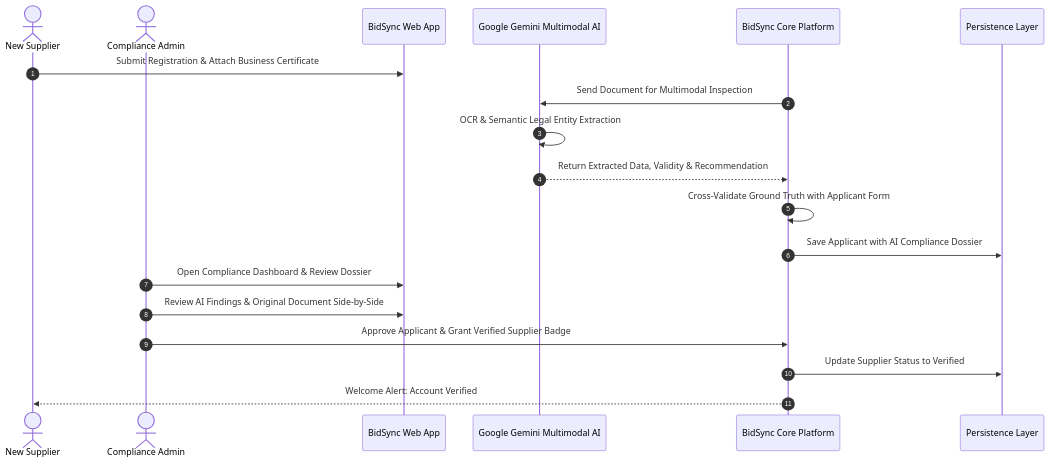
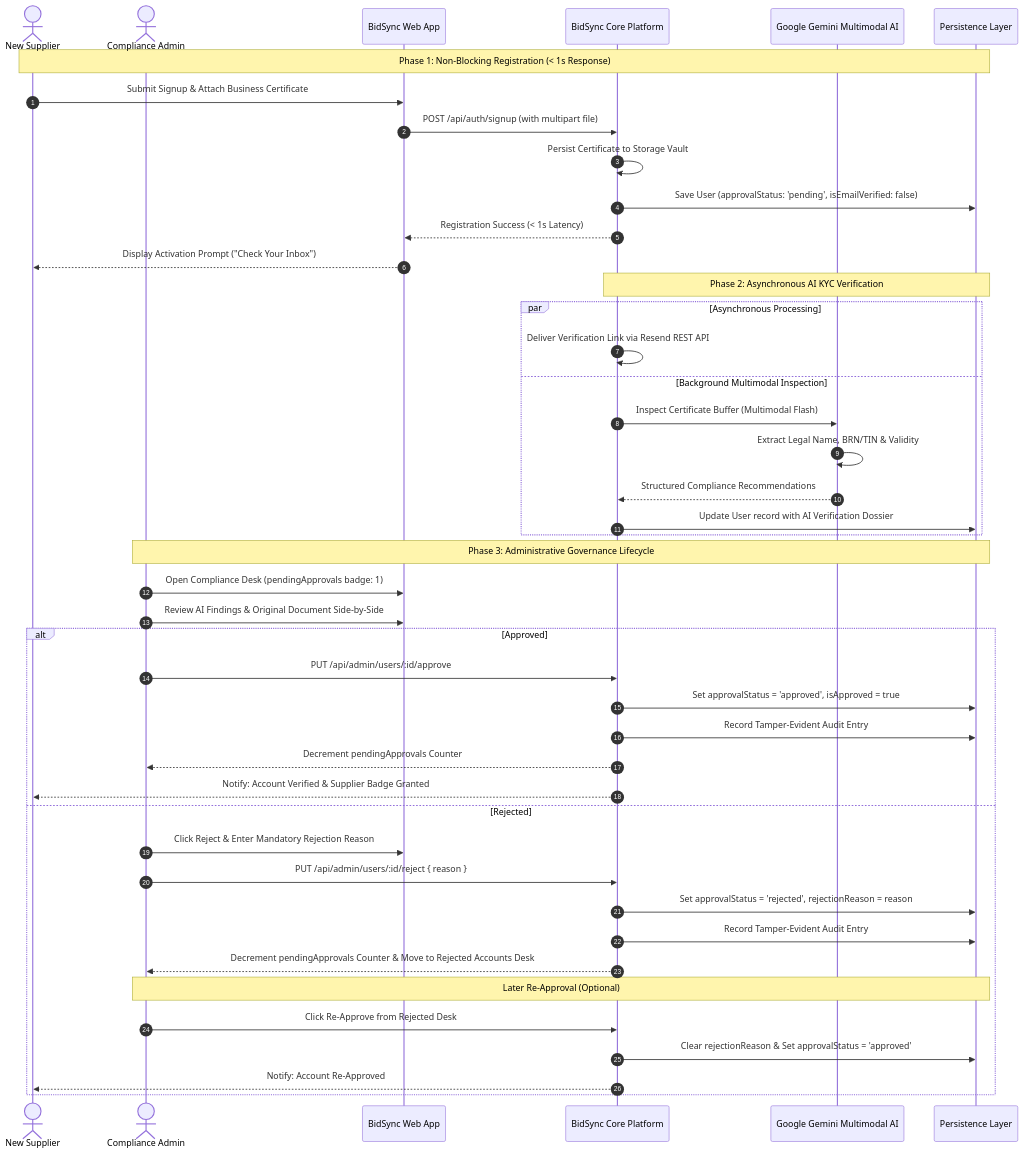
Before and after one commit to monithishanka/BidSync-Overview: the seventh of 8 diagrams in WORKFLOWS.md, drawn with Mermaid. The commit also changed other lines of this file and 4 other files, not shown here.

Commit message:
docs: sync architecture, features, workflows, and security with chatbot, resend API, and admin rejection desk

````diff
--- a/WORKFLOWS.md
+++ b/WORKFLOWS.md
@@ -173,23 +174,50 @@
 ```mermaid
 sequenceDiagram
     autonumber
     actor Applicant as New Supplier
     actor Admin as Compliance Admin
     participant App as BidSync Web App
+    participant Platform as BidSync Core Platform
     participant Gemini as Google Gemini Multimodal AI
-    participant Platform as BidSync Core Platform
     participant DB as Persistence Layer
 
-    Applicant->>App: Submit Registration & Attach Business Certificate
-    Platform->>Gemini: Send Document for Multimodal Inspection
-    Gemini->>Gemini: OCR & Semantic Legal Entity Extraction
-    Gemini-->>Platform: Return Extracted Data, Validity & Recommendation
-    Platform->>Platform: Cross-Validate Ground Truth with Applicant Form
-    Platform->>DB: Save Applicant with AI Compliance Dossier
+    Note over Applicant, DB: Phase 1: Non-Blocking Registration (< 1s Response)
+    Applicant->>App: Submit Signup & Attach Business Certificate
+    App->>Platform: POST /api/auth/signup (with multipart file)
+    Platform->>Platform: Persist Certificate to Storage Vault
+    Platform->>DB: Save User (approvalStatus: 'pending', isEmailVerified: false)
+    Platform-->>App: Registration Success (< 1s Latency)
+    App-->>Applicant: Display Activation Prompt ("Check Your Inbox")
 
-    Admin->>App: Open Compliance Dashboard & Review Dossier
+    Note over Platform, DB: Phase 2: Asynchronous AI KYC Verification
+    par Asynchronous Processing
+        Platform->>Platform: Deliver Verification Link via Resend REST API
+    and Background Multimodal Inspection
+        Platform->>Gemini: Inspect Certificate Buffer (Multimodal Flash)
+        Gemini->>Gemini: Extract Legal Name, BRN/TIN & Validity
+        Gemini-->>Platform: Structured Compliance Recommendations
+        Platform->>DB: Update User record with AI Verification Dossier
+    end
+
+    Note over Admin, DB: Phase 3: Administrative Governance Lifecycle
+    Admin->>App: Open Compliance Desk (pendingApprovals badge: 1)
     Admin->>App: Review AI Findings & Original Document Side-by-Side
-    Admin->>Platform: Approve Applicant & Grant Verified Supplier Badge
-    Platform->>DB: Update Supplier Status to Verified
-    Platform-->>Applicant: Welcome Alert: Account Verified
+
+    alt Approved
+        Admin->>Platform: PUT /api/admin/users/:id/approve
+        Platform->>DB: Set approvalStatus = 'approved', isApproved = true
+        Platform->>DB: Record Tamper-Evident Audit Entry
+        Platform-->>Admin: Decrement pendingApprovals Counter
+        Platform-->>Applicant: Notify: Account Verified & Supplier Badge Granted
+    else Rejected
+        Admin->>App: Click Reject & Enter Mandatory Rejection Reason
+        Admin->>Platform: PUT /api/admin/users/:id/reject { reason }
+        Platform->>DB: Set approvalStatus = 'rejected', rejectionReason = reason
+        Platform->>DB: Record Tamper-Evident Audit Entry
+        Platform-->>Admin: Decrement pendingApprovals Counter & Move to Rejected Accounts Desk
+        Note over Admin, DB: Later Re-Approval (Optional)
+        Admin->>Platform: Click Re-Approve from Rejected Desk
+        Platform->>DB: Clear rejectionReason & Set approvalStatus = 'approved'
+        Platform-->>Applicant: Notify: Account Re-Approved
+    end
 ```
````
